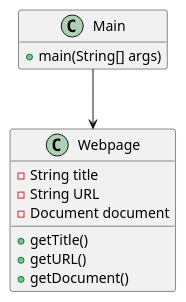
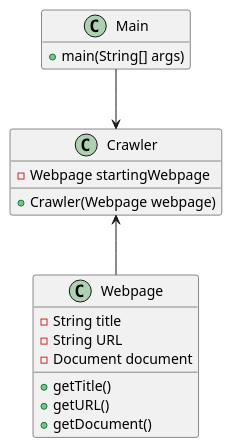
Before and after one commit to RyanTurner02/wikipedia-philosophy: the diagram in uml/wikipedia-philosophy.puml, drawn with PlantUML. The commit also changed 2 other files, not shown here.

Commit message:
Create crawler class and update uml diagram

```diff
--- a/uml/wikipedia-philosophy.puml
+++ b/uml/wikipedia-philosophy.puml
@@ -1,21 +1,28 @@
 @startuml
 
 class Main {
     + main(String[] args)
+}
+
+class Crawler {
+    - Webpage startingWebpage
+
+    + Crawler(Webpage webpage)
 }
 
 class Webpage {
     - String title
     - String URL
     - Document document
 
     + getTitle()
     + getURL()
     + getDocument()
 }
 
-Main --> Webpage
+Main --> Crawler
+Crawler <-- Webpage
 
 hide Main fields
 
 @enduml
```
